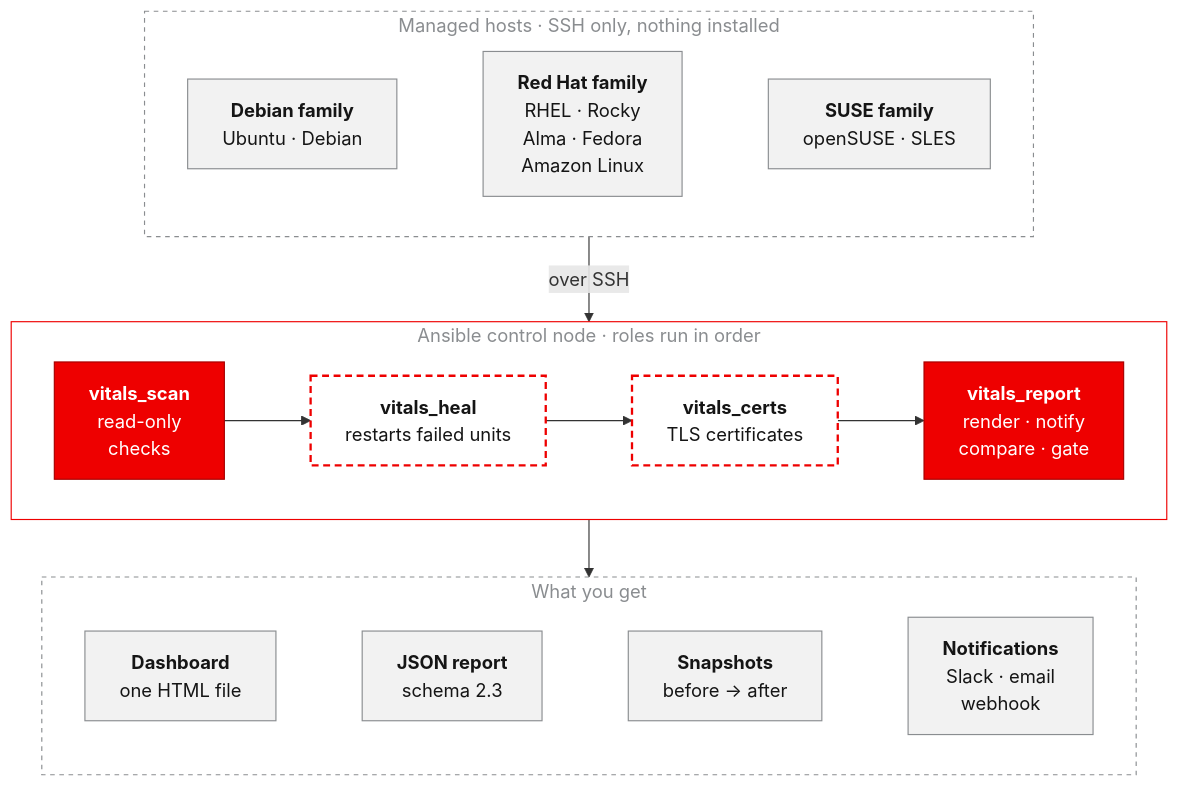
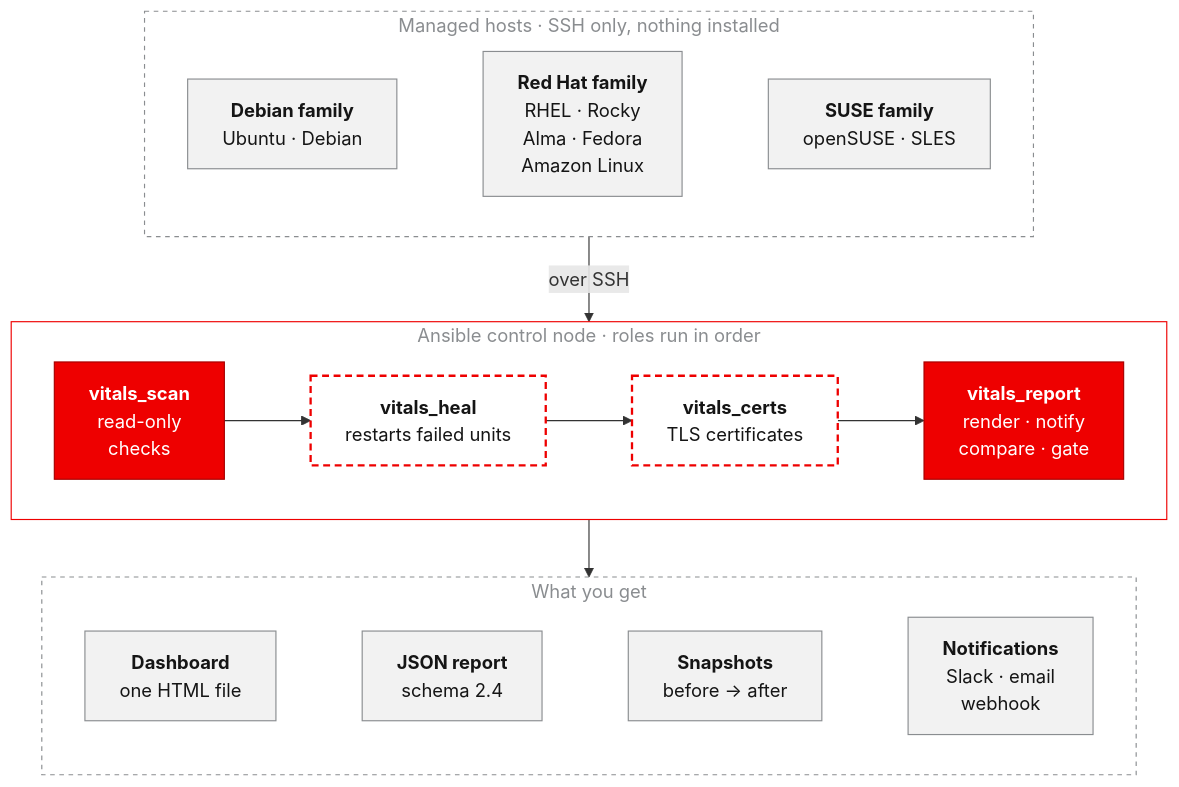
Before and after one commit to sameeralam3127/linux-vitals: the diagram in README.md, drawn with Mermaid. The commit also changed other lines of this file and 1 other file, not shown here.

````diff
--- a/README.md
+++ b/README.md
@@ -371,41 +409,41 @@
 ```mermaid
 flowchart TB
     subgraph FLEET["Managed hosts · SSH only, nothing installed"]
         direction LR
         DEB["<b>Debian family</b><br/>Ubuntu · Debian"]
         RH["<b>Red Hat family</b><br/>RHEL · Rocky<br/>Alma · Fedora<br/>Amazon Linux"]
         SUSE["<b>SUSE family</b><br/>openSUSE · SLES"]
         DEB ~~~ RH ~~~ SUSE
     end
 
     subgraph ROLES["Ansible control node · roles run in order"]
         direction LR
         SCAN["<b>vitals_scan</b><br/>read-only<br/>checks"]
         HEAL["<b>vitals_heal</b><br/>restarts failed units"]
         CERTS["<b>vitals_certs</b><br/>TLS certificates"]
         REPORT["<b>vitals_report</b><br/>render · notify<br/>compare · gate"]
         SCAN --> HEAL --> CERTS --> REPORT
     end
 
     subgraph OUT["What you get"]
         direction LR
         HTML["<b>Dashboard</b><br/>one HTML file"]
-        JSON["<b>JSON report</b><br/>schema 2.3"]
+        JSON["<b>JSON report</b><br/>schema 2.4"]
         SNAP["<b>Snapshots</b><br/>before → after"]
         MSG["<b>Notifications</b><br/>Slack · email<br/>webhook"]
         HTML ~~~ JSON ~~~ SNAP ~~~ MSG
     end
 
     FLEET -->|"over SSH"| ROLES
     ROLES --> OUT
 
     classDef core fill:#ee0000,stroke:#a60000,color:#ffffff
     classDef optin fill:#ffffff,stroke:#ee0000,stroke-width:2px,stroke-dasharray:6 4,color:#151515
     classDef item fill:#f2f2f2,stroke:#8a8d90,color:#151515
     class SCAN,REPORT core
     class HEAL,CERTS optin
     class DEB,RH,SUSE,HTML,JSON,SNAP,MSG item
     style ROLES fill:none,stroke:#ee0000,stroke-width:1px,color:#8a8d90
     style FLEET fill:none,stroke:#8a8d90,stroke-dasharray:4 4,color:#8a8d90
     style OUT fill:none,stroke:#8a8d90,stroke-dasharray:4 4,color:#8a8d90
 ```
````
